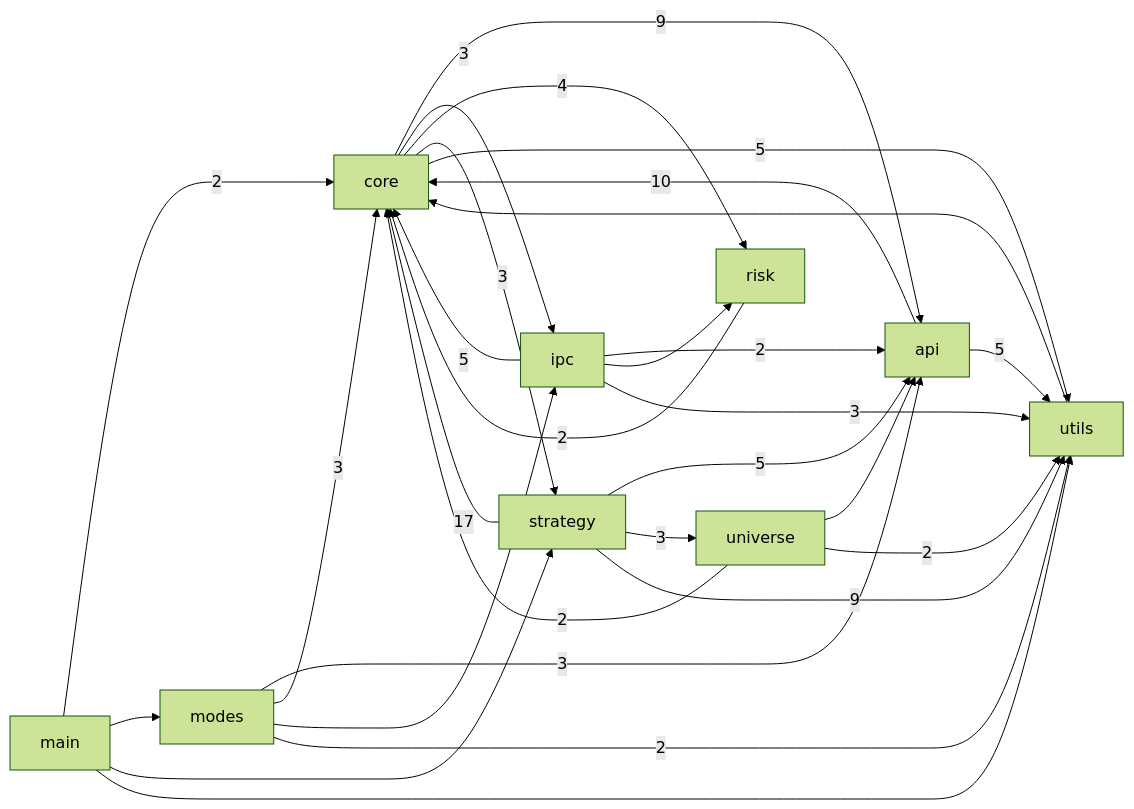
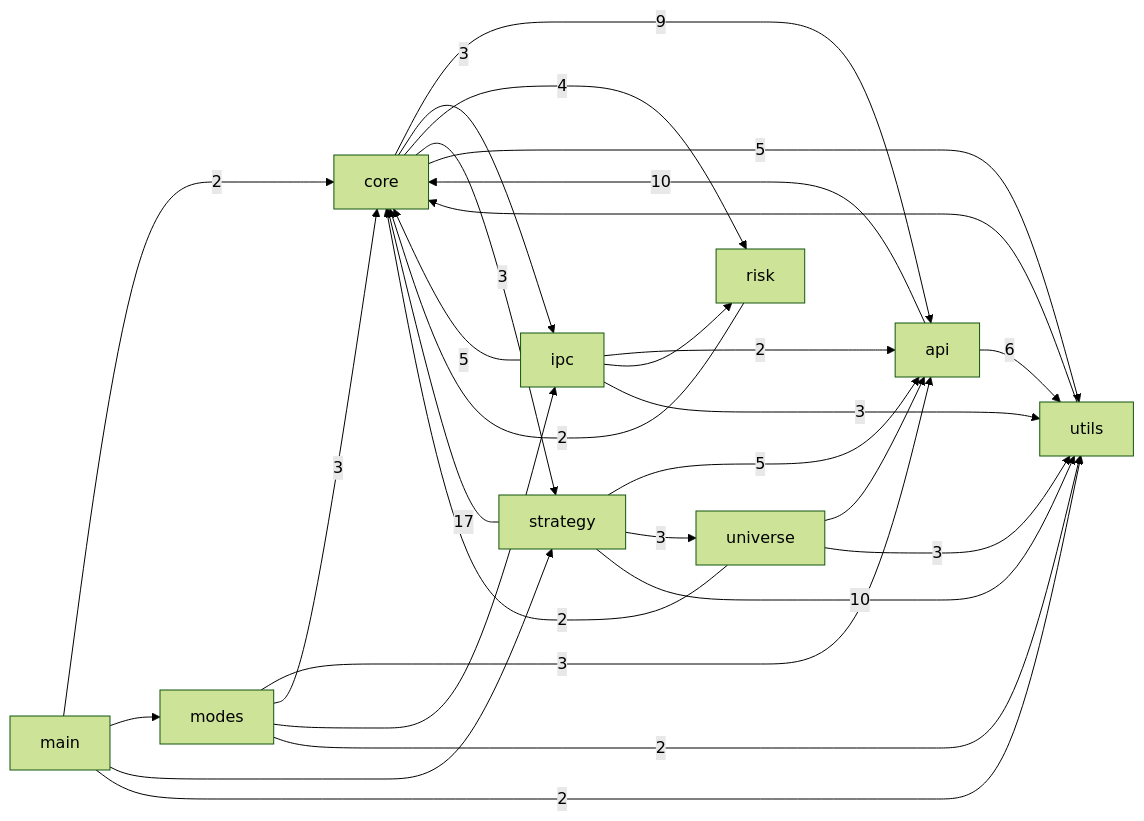
The first of 3 diagrams in docs/CODE_GRAPH.md (pypy8171/Quant), drawn with Mermaid (forest theme) before and after one commit. The commit also changed other lines of this file and 13 other files, not shown here.

````diff
--- a/docs/CODE_GRAPH.md
+++ b/docs/CODE_GRAPH.md
@@ -10,40 +10,40 @@
 ```mermaid
 graph LR
   main[main]
   modes[modes]
   core[core]
   strategy[strategy]
   api[api]
   universe[universe]
   risk[risk]
   ipc[ipc]
   utils[utils]
   api -->|10| core
-  api -->|5| utils
+  api -->|6| utils
   core -->|9| api
   core -->|3| ipc
   core -->|4| risk
   core -->|3| strategy
   core -->|5| utils
   ipc -->|2| api
   ipc -->|5| core
   ipc --> risk
   ipc -->|3| utils
   main -->|2| core
   main --> modes
   main --> strategy
-  main --> utils
+  main -->|2| utils
   modes -->|3| api
   modes -->|3| core
   modes --> ipc
   modes -->|2| utils
   risk -->|2| core
   strategy -->|5| api
   strategy -->|17| core
   strategy -->|3| universe
-  strategy -->|9| utils
+  strategy -->|10| utils
   universe --> api
   universe -->|2| core
-  universe -->|2| utils
+  universe -->|3| utils
   utils --> core
 ```
````
